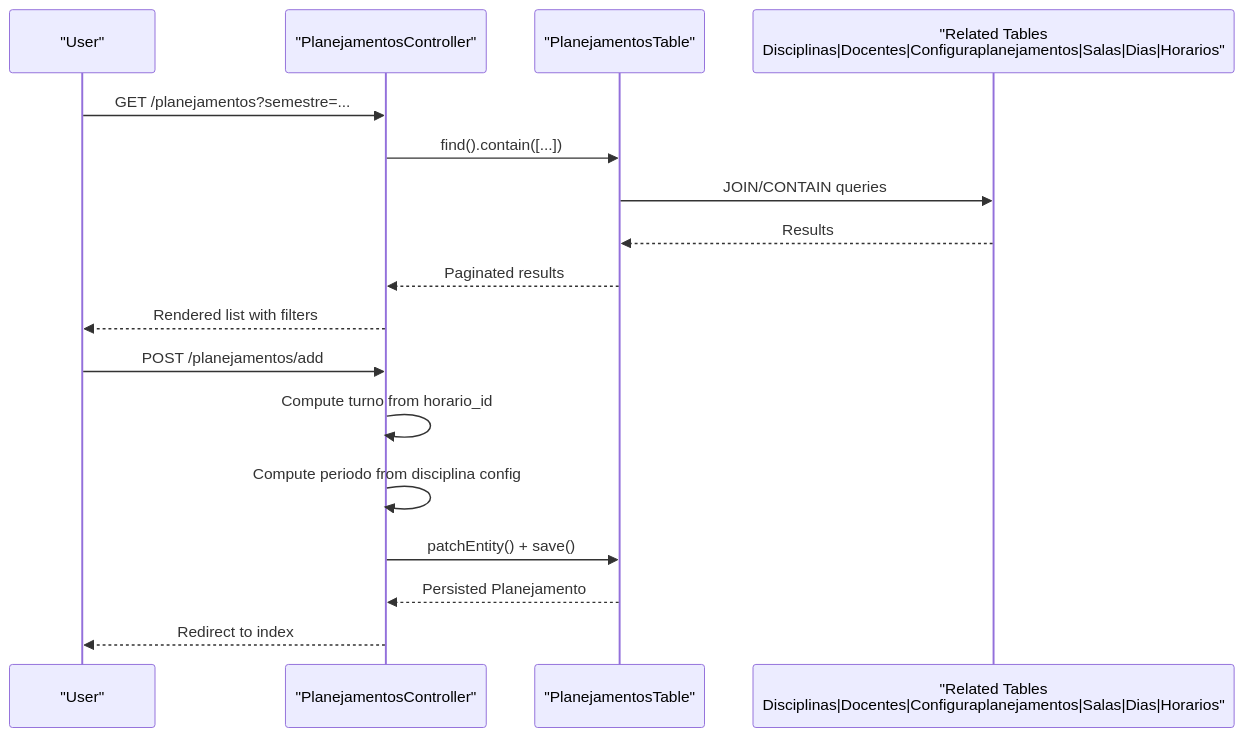
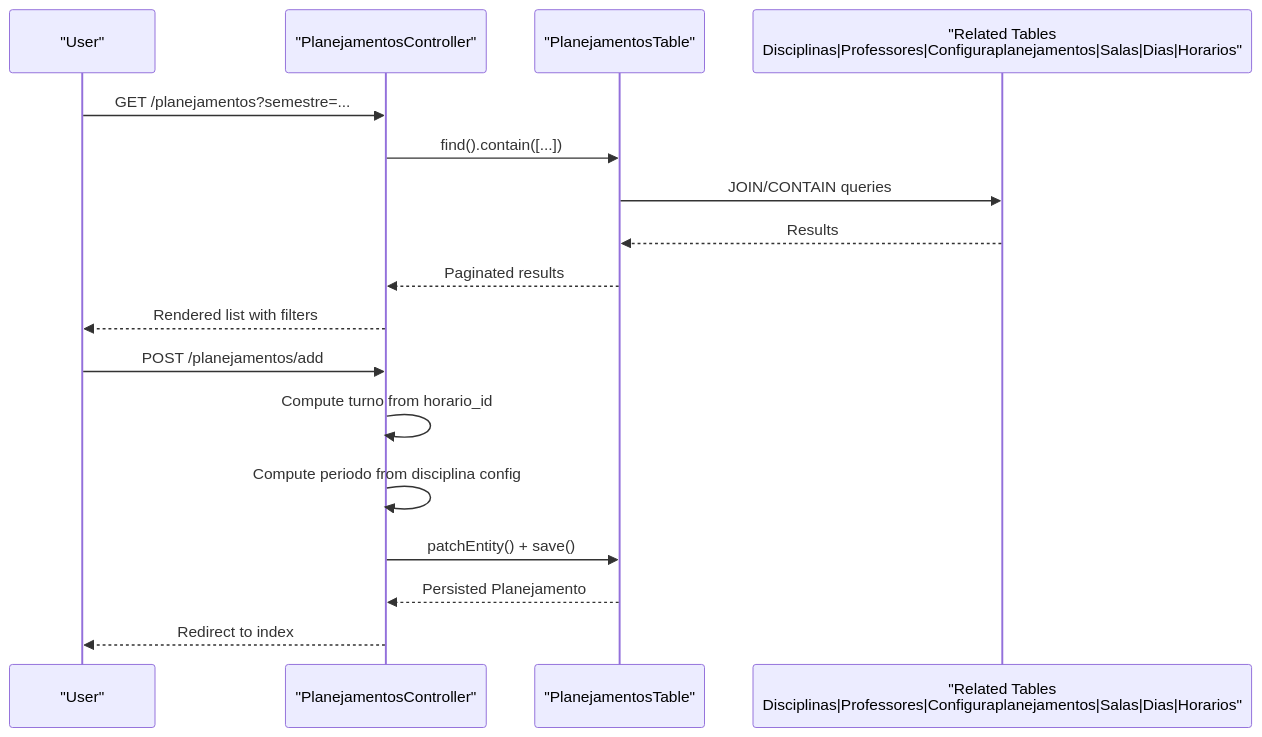
Before and after one commit to luiseduacosta/planejamento5: the second of 11 diagrams in .qoder/repowiki/en/content/Project Overview/Core Features Overview/Academic Planning Management/Academic Planning Management.md, drawn with Mermaid. The commit also changed other lines of this file and 37 other files, not shown here.

Commit message:
repowiki: rename Docentes → Professores in metadata

````diff
--- a/.qoder/repowiki/en/content/Project Overview/Core Features Overview/Academic Planning Management/Academic Planning Management.md
+++ b/.qoder/repowiki/en/content/Project Overview/Core Features Overview/Academic Planning Management/Academic Planning Management.md
@@ -119,19 +119,19 @@
 ```mermaid
 sequenceDiagram
 participant U as "User"
 participant C as "PlanejamentosController"
 participant T as "PlanejamentosTable"
-participant R as "Related Tables<br/>Disciplinas|Docentes|Configuraplanejamentos|Salas|Dias|Horarios"
+participant R as "Related Tables<br/>Disciplinas|Professores|Configuraplanejamentos|Salas|Dias|Horarios"
 U->>C : GET /planejamentos?semestre=...
 C->>T : find().contain([...])
 T->>R : JOIN/CONTAIN queries
 R-->>T : Results
 T-->>C : Paginated results
 C-->>U : Rendered list with filters
 U->>C : POST /planejamentos/add
 C->>C : Compute turno from horario_id
 C->>C : Compute periodo from disciplina config
 C->>T : patchEntity() + save()
 T-->>C : Persisted Planejamento
 C-->>U : Redirect to index
 ```
````
